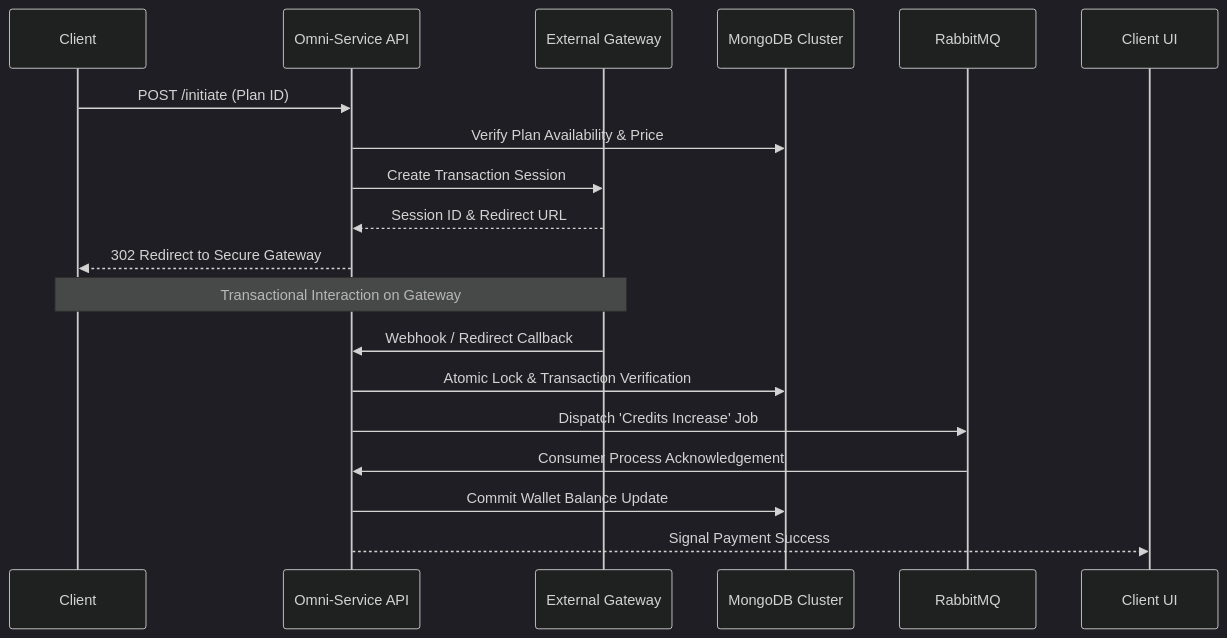
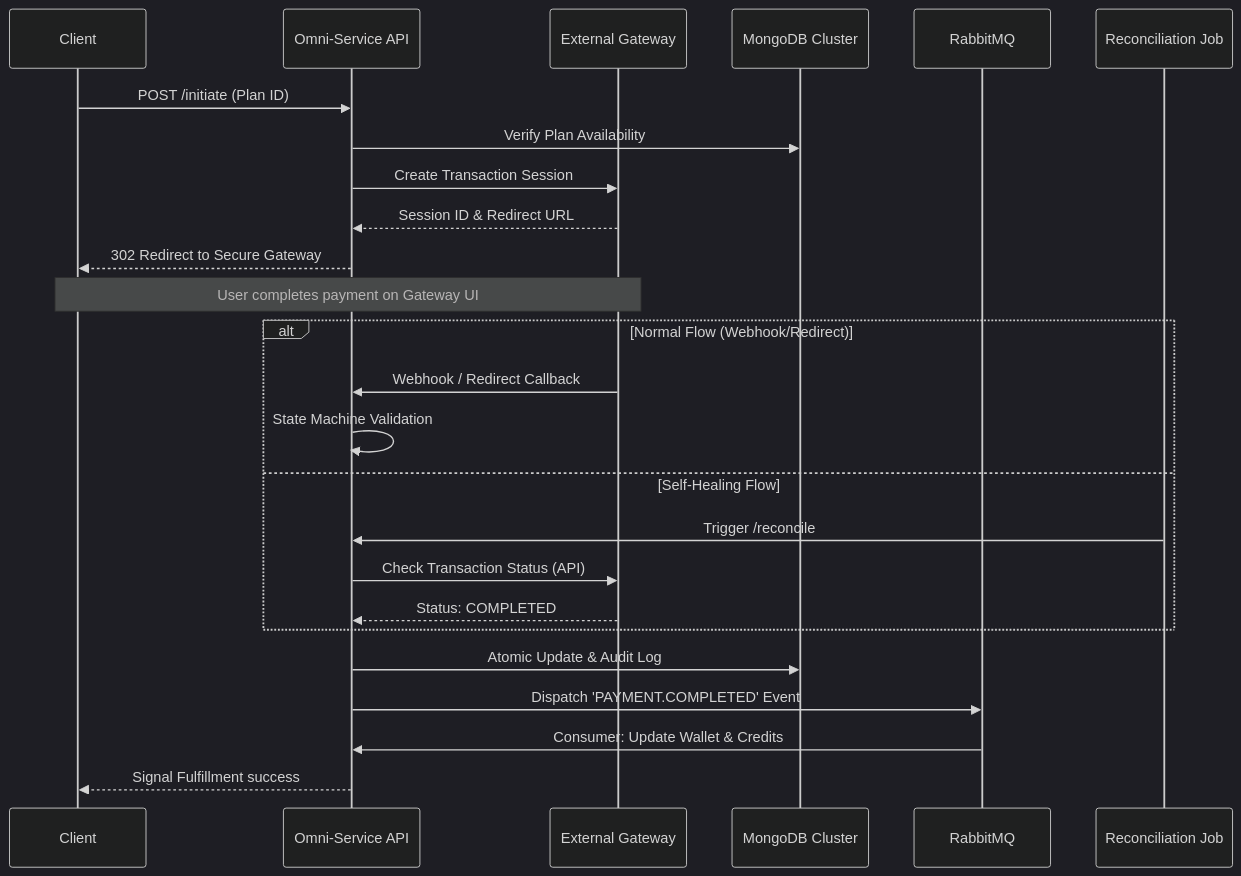
The fourth of 5 diagrams in README.md (foysalahmedmin/zaaz-server), drawn with Mermaid (dark theme) before and after one commit. The commit also changed other lines of this file and 12 other files, not shown here.

Commit message:
Breacking Change: Update the payment process life cycle webhook to state machine.

````diff
--- a/README.md
+++ b/README.md
@@ -676,24 +679,31 @@
 ```mermaid
 sequenceDiagram
     participant User as Client
     participant API as Omni-Service API
     participant Gateway as External Gateway
     participant DB as MongoDB Cluster
     participant MQ as RabbitMQ
-    participant UI as Client UI
+    participant Cron as Reconciliation Job
 
     User->>API: POST /initiate (Plan ID)
-    API->>DB: Verify Plan Availability & Price
+    API->>DB: Verify Plan Availability
     API->>Gateway: Create Transaction Session
     Gateway-->>API: Session ID & Redirect URL
     API-->>User: 302 Redirect to Secure Gateway
 
-    Note over User,Gateway: Transactional Interaction on Gateway
+    Note over User,Gateway: User completes payment on Gateway UI
 
-    Gateway->>API: Webhook / Redirect Callback
-    API->>DB: Atomic Lock & Transaction Verification
-    API->>MQ: Dispatch 'Credits Increase' Job
-    MQ->>API: Consumer Process Acknowledgement
-    API->>DB: Commit Wallet Balance Update
-    API-->>UI: Signal Payment Success
+    alt Normal Flow (Webhook/Redirect)
+        Gateway->>API: Webhook / Redirect Callback
+        API->>API: State Machine Validation
+    else Self-Healing Flow
+        Cron->>API: Trigger /reconcile
+        API->>Gateway: Check Transaction Status (API)
+        Gateway-->>API: Status: COMPLETED
+    end
+
+    API->>DB: Atomic Update & Audit Log
+    API->>MQ: Dispatch 'PAYMENT.COMPLETED' Event
+    MQ->>API: Consumer: Update Wallet & Credits
+    API-->>User: Signal Fulfillment success
 ```
````
